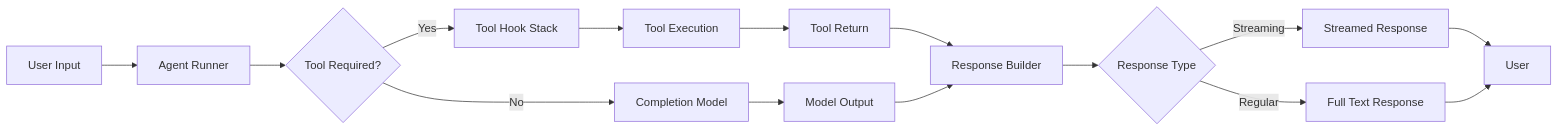
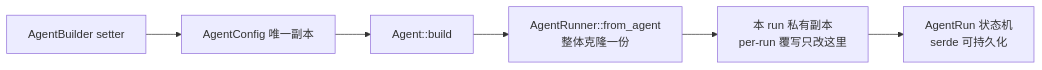
Before and after one commit to adrian9778/rig: the first of 2 diagrams in docs/sourceReader/04-配置与数据流.md, drawn with Mermaid. The commit also changed other lines of this file and 30 other files, not shown here.

````diff
--- a/docs/sourceReader/04-配置与数据流.md
+++ b/docs/sourceReader/04-配置与数据流.md
@@ -22,19 +33,8 @@
 ```mermaid
 graph LR
-    A[User Input] --> B[Agent Runner]
-    B --> C{Tool Required?}
-    C -- Yes --> D[Tool Hook Stack]
-    D --> E[Tool Execution]
-    E --> F[Tool Return]
-    F --> G[Response Builder]
-    C -- No --> H[Completion Model]
-    H --> I[Model Output]
-    I --> G
-
-    G --> J{Response Type}
-    J -- Streaming --> K[Streamed Response]
-    J -- Regular --> L[Full Text Response]
-
-    K --> M[User]
-    L --> M
+    A[AgentBuilder setter] --> B[AgentConfig 唯一副本]
+    B --> C[Agent::build]
+    C --> D[AgentRunner::from_agent<br/>整体克隆一份]
+    D --> E[本 run 私有副本<br/>per-run 覆写只改这里]
+    E --> F[AgentRun 状态机<br/>serde 可持久化]
 ```
````
